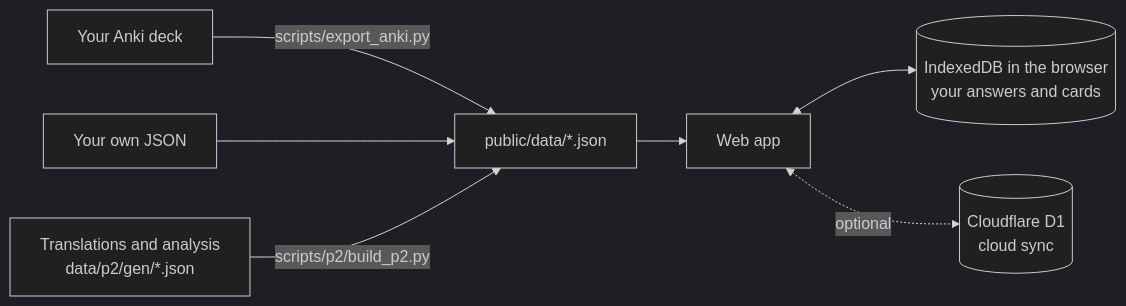
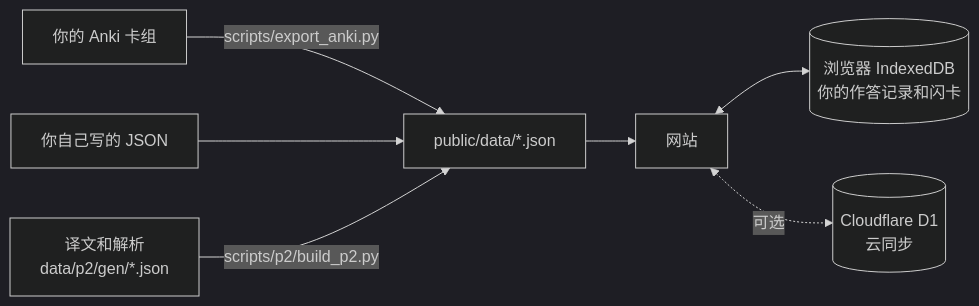
The diagram in README.md (kalebguo/clean-tcf), drawn with Mermaid (dark theme) before and after one commit. The commit also changed other lines of this file and 4 other files, not shown here.

````diff
--- a/README.md
+++ b/README.md
@@ -102,9 +123,9 @@
 ```mermaid
 flowchart LR
-  A[Your Anki deck] -->|scripts/export_anki.py| J[public/data/*.json]
-  B[Your own JSON] --> J
-  G[Translations and analysis<br/>data/p2/gen/*.json] -->|scripts/p2/build_p2.py| J
-  J --> S[Web app]
-  S <--> I[(IndexedDB in the browser<br/>your answers and cards)]
-  S <-.optional.-> C[(Cloudflare D1<br/>cloud sync)]
+  A[你的 Anki 卡组] -->|scripts/export_anki.py| J[public/data/*.json]
+  B[你自己写的 JSON] --> J
+  G[译文和解析<br/>data/p2/gen/*.json] -->|scripts/p2/build_p2.py| J
+  J --> S[网站]
+  S <--> I[(浏览器 IndexedDB<br/>你的作答记录和闪卡)]
+  S <-.可选.-> C[(Cloudflare D1<br/>云同步)]
 ```
````
